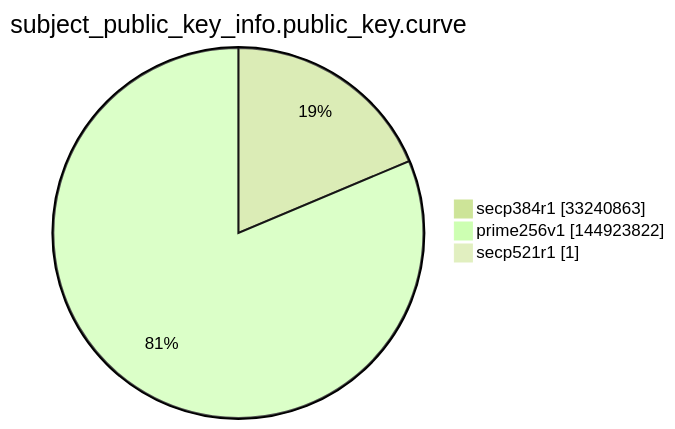
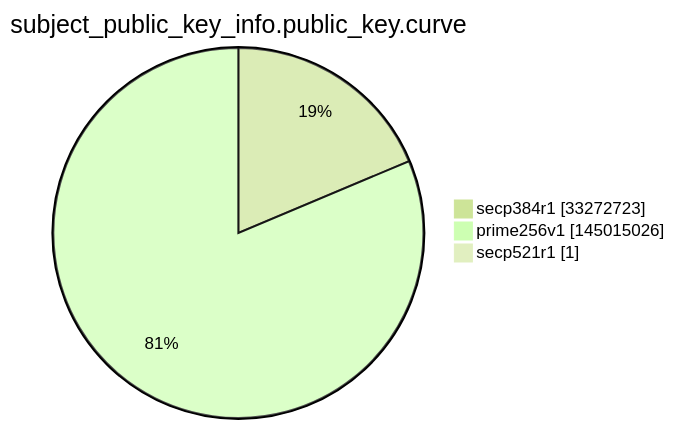
Before and after one commit to christiankrug/ctmonitor_visualization: the ninth of 15 diagrams in argon2022/README.md, drawn with Mermaid (forest theme). The commit also changed other lines of this file, not shown here.

````diff
--- a/argon2022/README.md
+++ b/argon2022/README.md
@@ -2764,7 +2764,7 @@
 ```mermaid
 pie showData
 title subject_public_key_info.public_key.curve
-"secp384r1" :33240863
-"prime256v1" :144923822
+"secp384r1" :33272723
+"prime256v1" :145015026
 "secp521r1" :1
 ```
````
